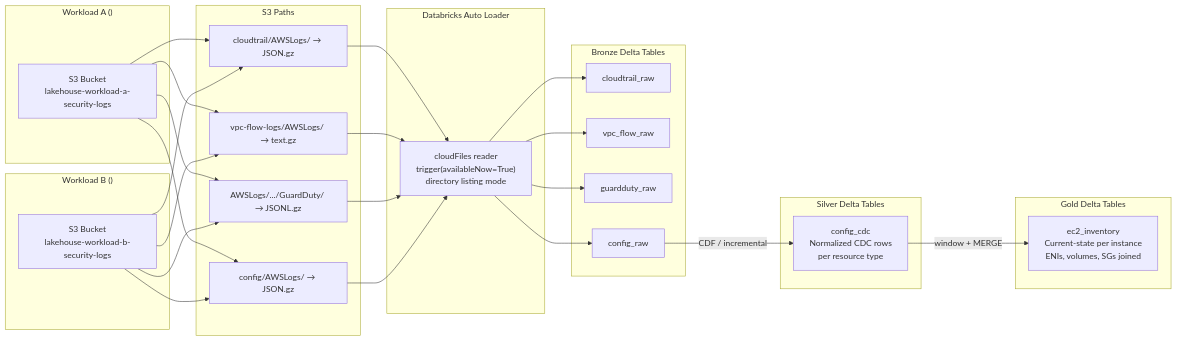
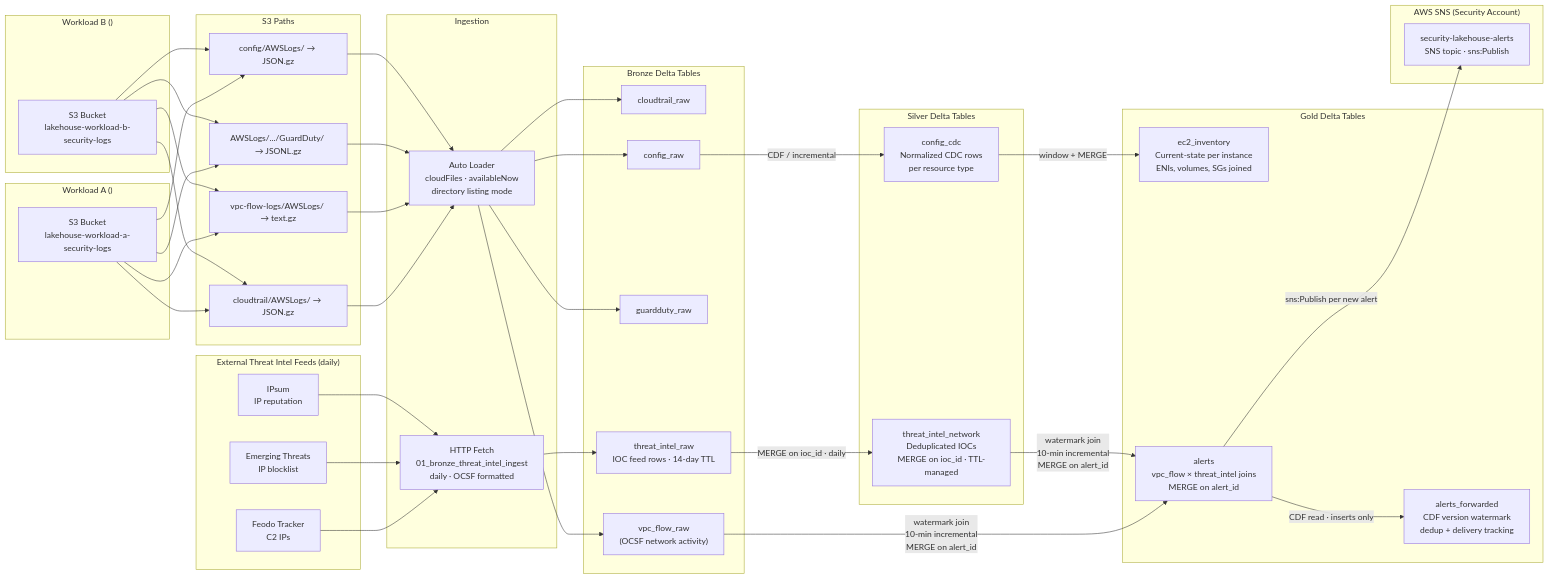
One commit to snk5125/security-data-platform changed the third of 4 diagrams in architecture_diagram.md. Above: the diagram before and after it, drawn with Mermaid. The commit also changed other lines of this file and 68 other files, not shown here.

First line of the commit message:
Restructure to multi-root Terraform architecture

````diff
--- a/architecture_diagram.md
+++ b/architecture_diagram.md
@@ -197,46 +215,66 @@
 ```mermaid
 graph LR
+    subgraph "External Threat Intel Feeds (daily)"
+        FEODO["Feodo Tracker<br/>C2 IPs"]
+        ET["Emerging Threats<br/>IP blocklist"]
+        IPSUM["IPsum<br/>IP reputation"]
+    end
+
     subgraph "Workload A (<WORKLOAD_A_ACCOUNT_ID>)"
         S3A["S3 Bucket<br/>lakehouse-workload-a-security-logs"]
     end
 
     subgraph "Workload B (<WORKLOAD_B_ACCOUNT_ID>)"
         S3B["S3 Bucket<br/>lakehouse-workload-b-security-logs"]
     end
 
-    subgraph "Databricks Auto Loader"
-        AL["cloudFiles reader<br/>trigger(availableNow=True)<br/>directory listing mode"]
+    subgraph "Ingestion"
+        AL["Auto Loader<br/>cloudFiles · availableNow<br/>directory listing mode"]
+        TI_FETCH["HTTP Fetch<br/>01_bronze_threat_intel_ingest<br/>daily · OCSF formatted"]
     end
 
     subgraph "Bronze Delta Tables"
         CT["cloudtrail_raw"]
-        VF["vpc_flow_raw"]
+        VF["vpc_flow_raw<br/>(OCSF network activity)"]
         GD["guardduty_raw"]
         CF["config_raw"]
+        TIR["threat_intel_raw<br/>IOC feed rows · 14-day TTL"]
     end
 
     subgraph "Silver Delta Tables"
         CDC["config_cdc<br/>Normalized CDC rows<br/>per resource type"]
+        TIN["threat_intel_network<br/>Deduplicated IOCs<br/>MERGE on ioc_id · TTL-managed"]
     end
 
     subgraph "Gold Delta Tables"
         EC2["ec2_inventory<br/>Current-state per instance<br/>ENIs, volumes, SGs joined"]
+        ALERTS["alerts<br/>vpc_flow × threat_intel joins<br/>MERGE on alert_id"]
+        AFWD["alerts_forwarded<br/>CDF version watermark<br/>dedup + delivery tracking"]
+    end
+
+    subgraph "AWS SNS (Security Account)"
+        SNS["security-lakehouse-alerts<br/>SNS topic · sns:Publish"]
     end
 
     subgraph "S3 Paths"
         P1["cloudtrail/AWSLogs/ → JSON.gz"]
         P2["vpc-flow-logs/AWSLogs/ → text.gz"]
         P3["AWSLogs/.../GuardDuty/ → JSONL.gz"]
         P4["config/AWSLogs/ → JSON.gz"]
     end
 
     S3A --> P1 & P2 & P3 & P4
     S3B --> P1 & P2 & P3 & P4
     P1 --> AL --> CT
     P2 --> AL --> VF
     P3 --> AL --> GD
     P4 --> AL --> CF
+    FEODO & ET & IPSUM --> TI_FETCH --> TIR
 
     CF -->|"CDF / incremental"| CDC
     CDC -->|"window + MERGE"| EC2
+    TIR -->|"MERGE on ioc_id · daily"| TIN
+    VF & TIN -->|"watermark join<br/>10-min incremental<br/>MERGE on alert_id"| ALERTS
+    ALERTS -->|"CDF read · inserts only"| AFWD
+    ALERTS -->|"sns:Publish per new alert"| SNS
 ```
````
